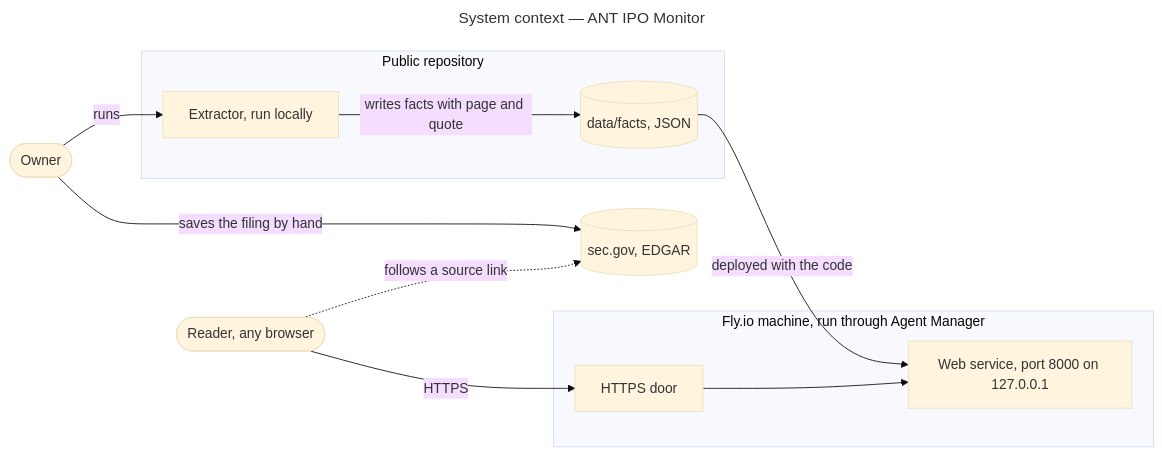
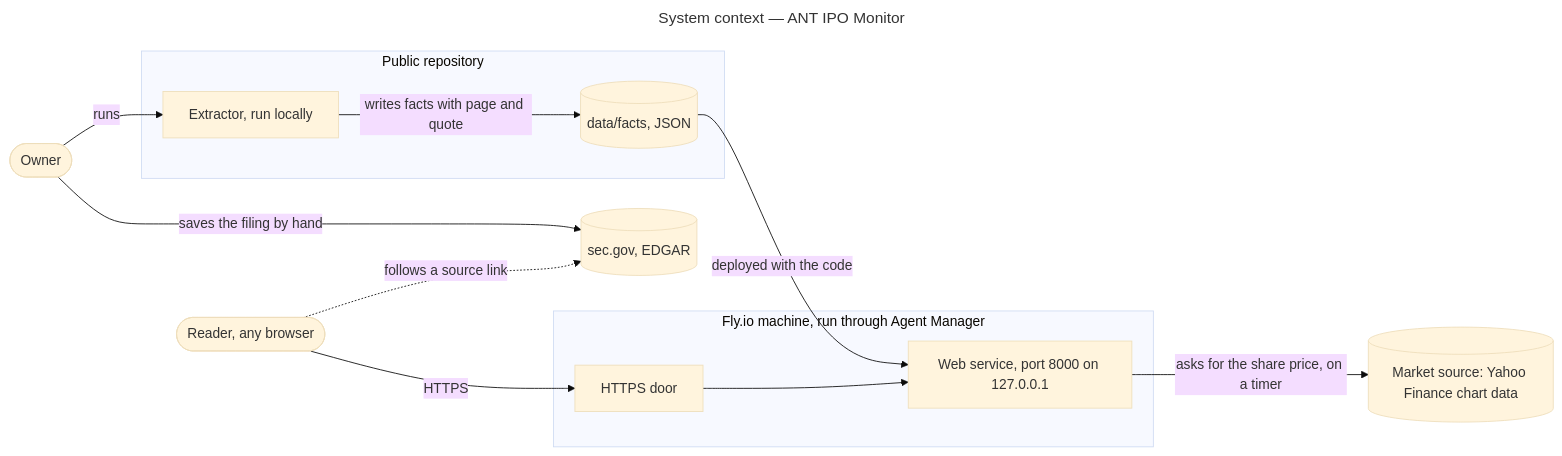
One commit to sonixz/monitor-anthropic-ipo changed the first of 3 diagrams in ARCHITECTURE.md. Above: the diagram before and after it, drawn with Mermaid (base theme). The commit also changed other lines of this file and 35 other files, not shown here.

````diff
--- a/ARCHITECTURE.md
+++ b/ARCHITECTURE.md
@@ -7,23 +7,25 @@
 ```mermaid
 ---
 title: System context — ANT IPO Monitor
 ---
 flowchart LR
   reader(["Reader, any browser"])
   owner(["Owner"])
   sec[("sec.gov, EDGAR")]
+  quotes[("Market source: Yahoo Finance chart data")]
   subgraph repo["Public repository"]
     extract["Extractor, run locally"]
     facts[("data/facts, JSON")]
   end
   subgraph machine["Fly.io machine, run through Agent Manager"]
     door["HTTPS door"]
     service["Web service, port 8000 on 127.0.0.1"]
   end
   owner -->|"saves the filing by hand"| sec
   owner -->|"runs"| extract
   extract -->|"writes facts with page and quote"| facts
   facts -->|"deployed with the code"| service
   reader -->|"HTTPS"| door --> service
+  service -->|"asks for the share price, on a timer"| quotes
   reader -.->|"follows a source link"| sec
 ```
````
